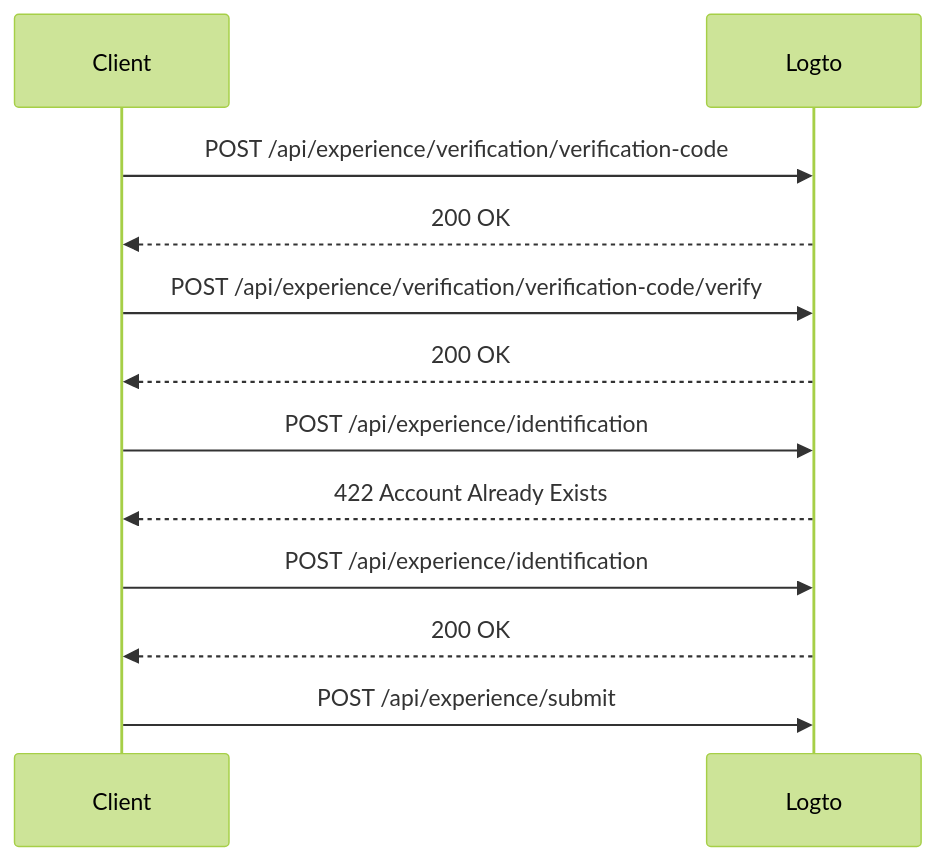
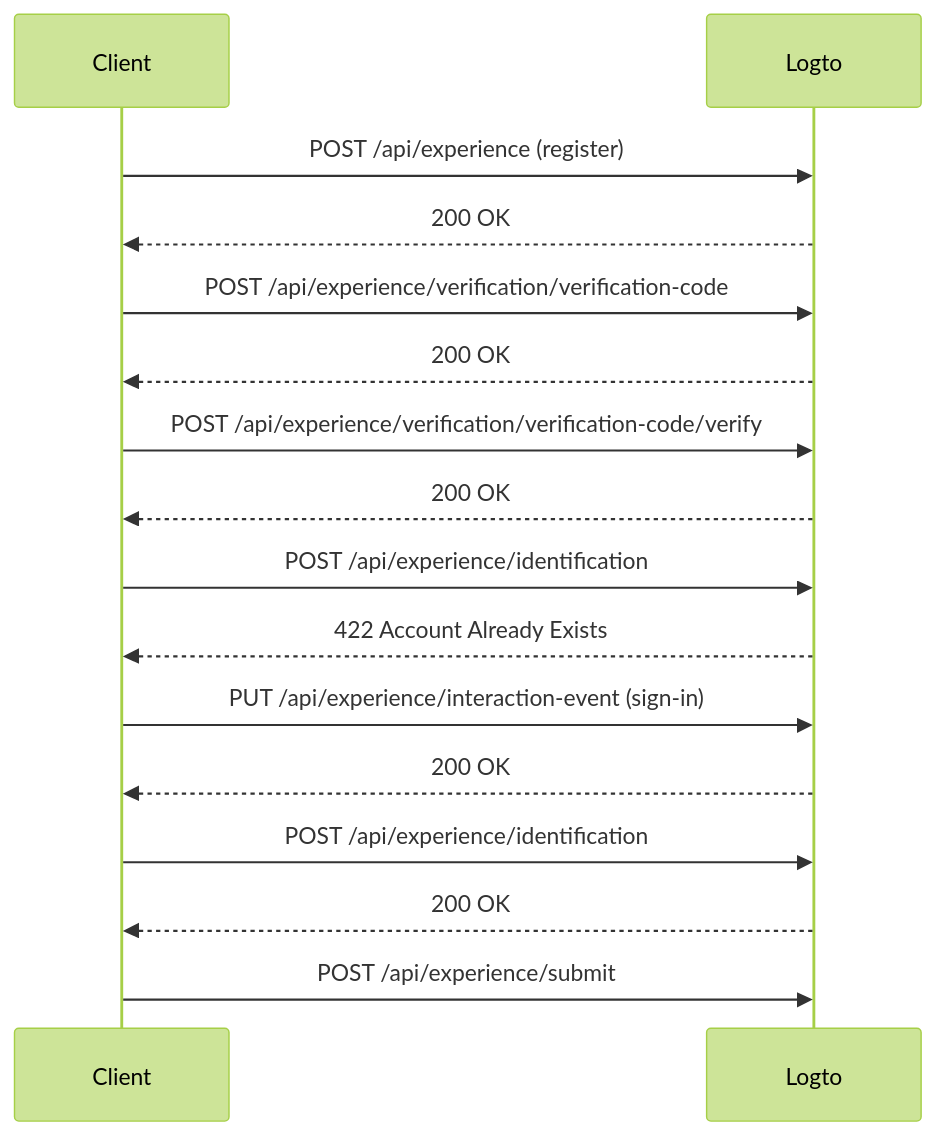
Before and after one commit to logto-io/rfcs: diagram 16 of 17 in draft/0004-experience-api.md, drawn with Mermaid (forest theme). The commit also changed other lines of this file, not shown here.

First line of the commit message:
refactor: update the experience API.

````diff
--- a/draft/0004-experience-api.md
+++ b/draft/0004-experience-api.md
@@ -889,15 +963,19 @@
 ```mermaid
 sequenceDiagram
     participant C as Client
     participant L as Logto
 
+    C->>L: POST /api/experience (register)
+    L-->>C: 200 OK
     C->>L: POST /api/experience/verification/verification-code
     L-->>C: 200 OK
     C->>L: POST /api/experience/verification/verification-code/verify
     L-->>C: 200 OK
     C->>L: POST /api/experience/identification
     L-->>C: 422 Account Already Exists
+    C->>L: PUT /api/experience/interaction-event (sign-in)
+    L-->>C: 200 OK
     C->>L: POST /api/experience/identification
     L-->>C: 200 OK
     C->>L: POST /api/experience/submit
 ```
````
